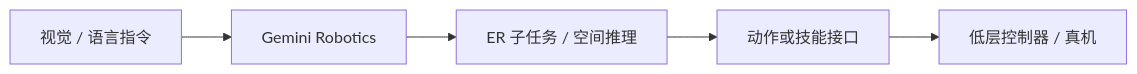
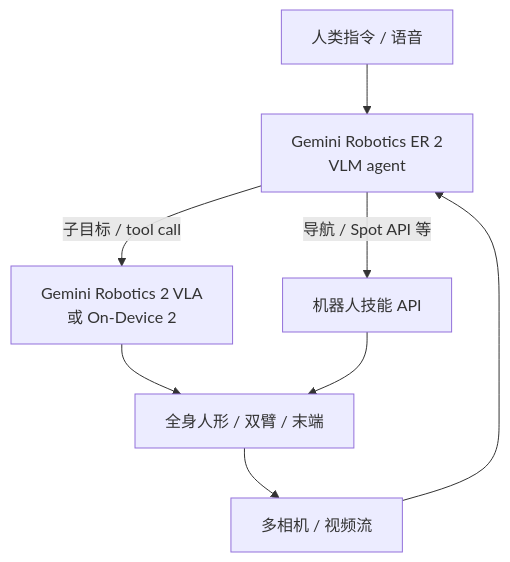
Before and after one commit to ImChong/Robotics_Notebooks: the first of 3 diagrams in wiki/entities/gemini-robotics.md, drawn with Mermaid. The commit also changed other lines of this file and 17 other files, not shown here.

First line of the commit message:
[2026-07-31] ingest | sources/blogs/gemini_robotics_2_whole_body.md — Gemini Robotics 2 全身智能并升格实体页

````diff
--- a/wiki/entities/gemini-robotics.md
+++ b/wiki/entities/gemini-robotics.md
@@ -46,7 +61,10 @@
 ```mermaid
-flowchart LR
-  A["视觉 / 语言指令"] --> B["Gemini Robotics"]
-  B --> C["ER 子任务 / 空间推理"]
-  C --> D["动作或技能接口"]
-  D --> E["低层控制器 / 真机"]
+flowchart TB
+  H["人类指令 / 语音"] --> ER["Gemini Robotics ER 2<br/>VLM agent"]
+  CAM["多相机 / 视频流"] --> ER
+  ER -->|"子目标 / tool call"| VLA["Gemini Robotics 2 VLA<br/>或 On-Device 2"]
+  ER -->|"导航 / Spot API 等"| API["机器人技能 API"]
+  VLA --> BODY["全身人形 / 双臂 / 末端"]
+  API --> BODY
+  BODY --> CAM
 ```
````
